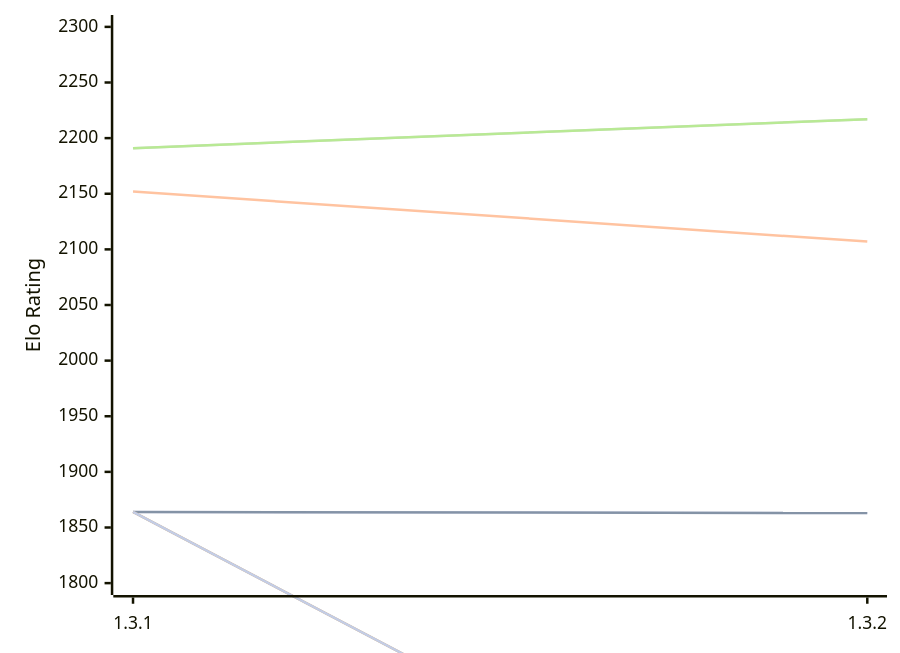
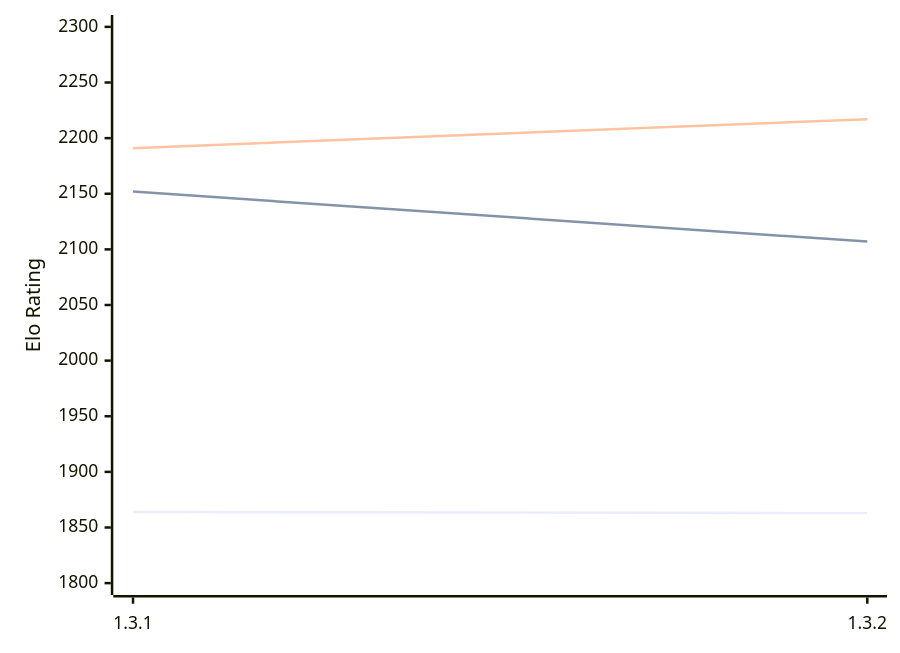
Before and after one commit to computer-chess-index/cci: the diagram in engines/Zugblitz.md, drawn with Mermaid. The commit also changed other lines of this file, not shown here.

````diff
--- a/engines/Zugblitz.md
+++ b/engines/Zugblitz.md
@@ -48,13 +48,9 @@
 ```mermaid
 %%{init: {"theme":"base","themeVariables":{"seriesColors:['#a3a3a3','#222221','#faa371']}}}%%
 xychart-beta
   x-axis ["1.3.1", "1.3.2"]
   y-axis "Elo Rating" 1800 --> 2300
-  line "" [1864, 1863]
   line "T1: STC (8.0+0.08s)" [1864, 1863]
   line "T1: LTC (60.0+0.60s)" [2152, 2107]
-  line "" [2191, 2217]
   line "T1: VLTC (2m24s+1.12s)" [2191, 2217]
-  line "" [1864,1517]
-  line "E1: STC (8.0+0.08s)" [1864,1517]
 ```
````
